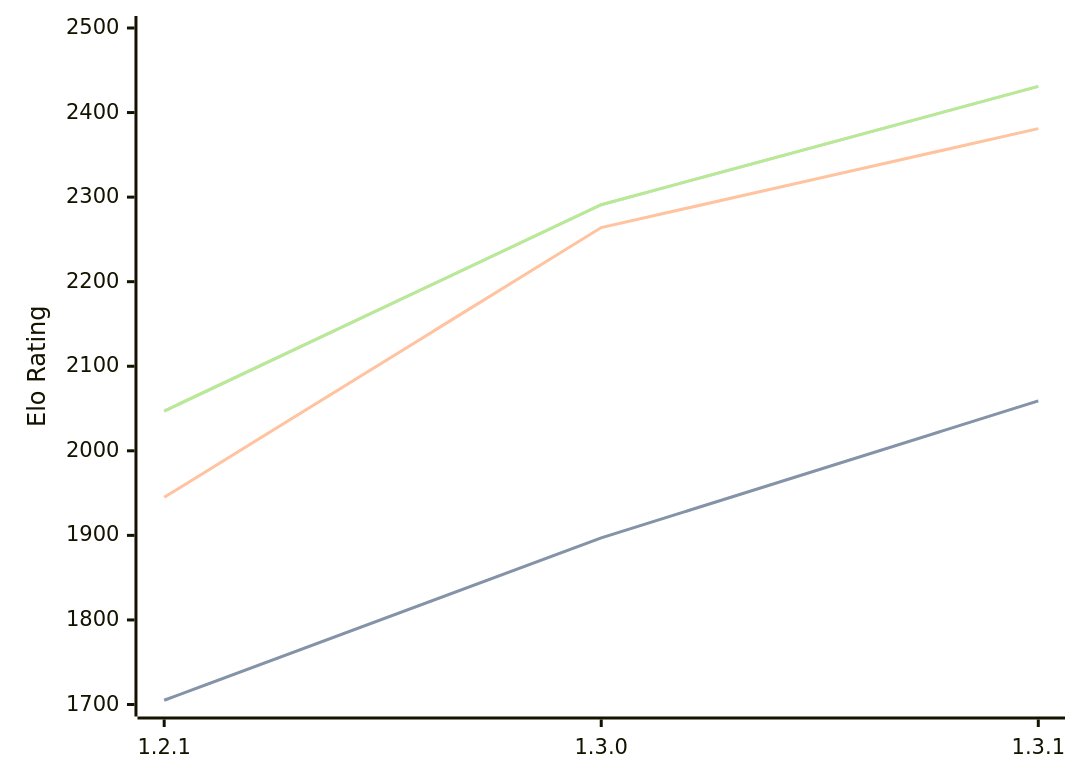
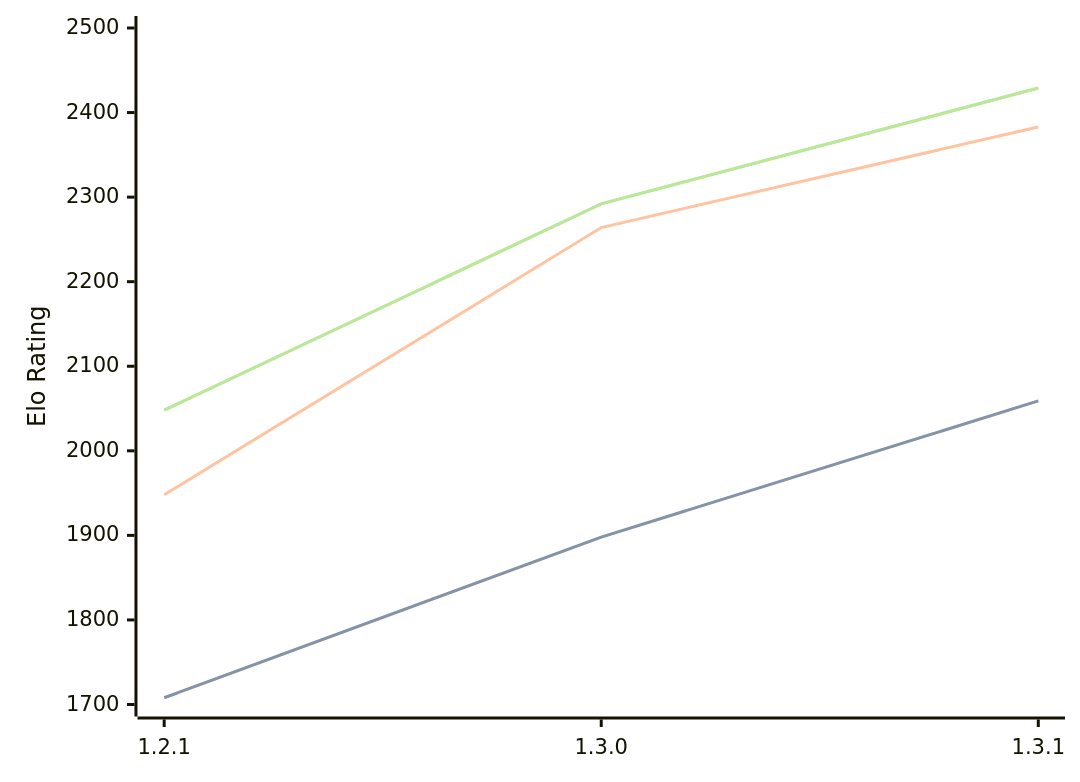
The diagram in engines/Chal.md (computer-chess-index/cci), drawn with Mermaid before and after one commit. The commit also changed other lines of this file, not shown here.

Commit message:
Update CCI Ratings (ELO VLTC) - 2026-03-14

````diff
--- a/engines/Chal.md
+++ b/engines/Chal.md
@@ -34,11 +34,11 @@
 ```mermaid
 %%{init: {"theme":"base","themeVariables":{"seriesColors:['#a3a3a3','#222221','#faa371']}}}%%
 xychart-beta
   x-axis ["1.2.1", "1.3.0", "1.3.1"]
   y-axis "Elo Rating" 1700 --> 2500
-  line "STC (8.0+0.08s)" [1705, 1897, 2059]
-  line "STC (8.0+0.08s)" [1705, 1897, 2059]
-  line "LTC (60.0+0.60s)" [1945, 2264, 2381]
-  line "VLTC (2m24s+1.12s)" [2047, 2291, 2431]
-  line "VLTC (2m24s+1.12s)" [2047, 2291, 2431]
+  line "STC (8.0+0.08s)" [1708, 1898, 2059]
+  line "STC (8.0+0.08s)" [1708, 1898, 2059]
+  line "LTC (60.0+0.60s)" [1948, 2264, 2383]
+  line "VLTC (2m24s+1.12s)" [2048, 2292, 2429]
+  line "VLTC (2m24s+1.12s)" [2048, 2292, 2429]
 ```
````
